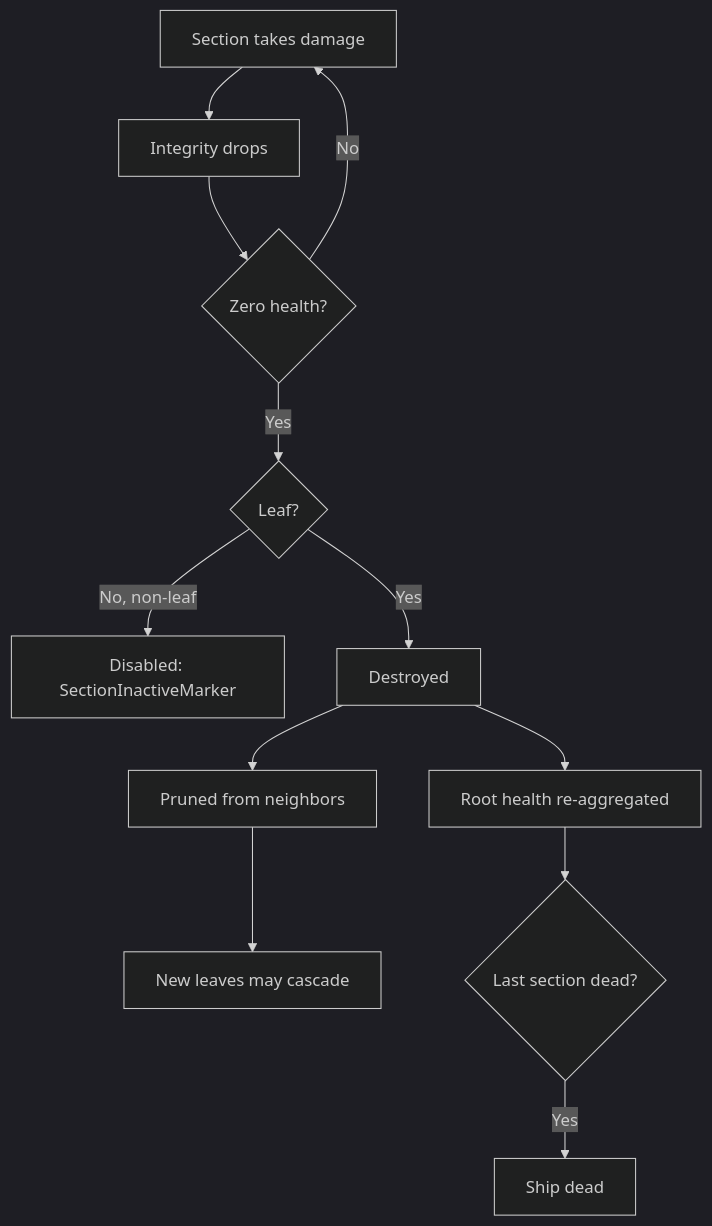
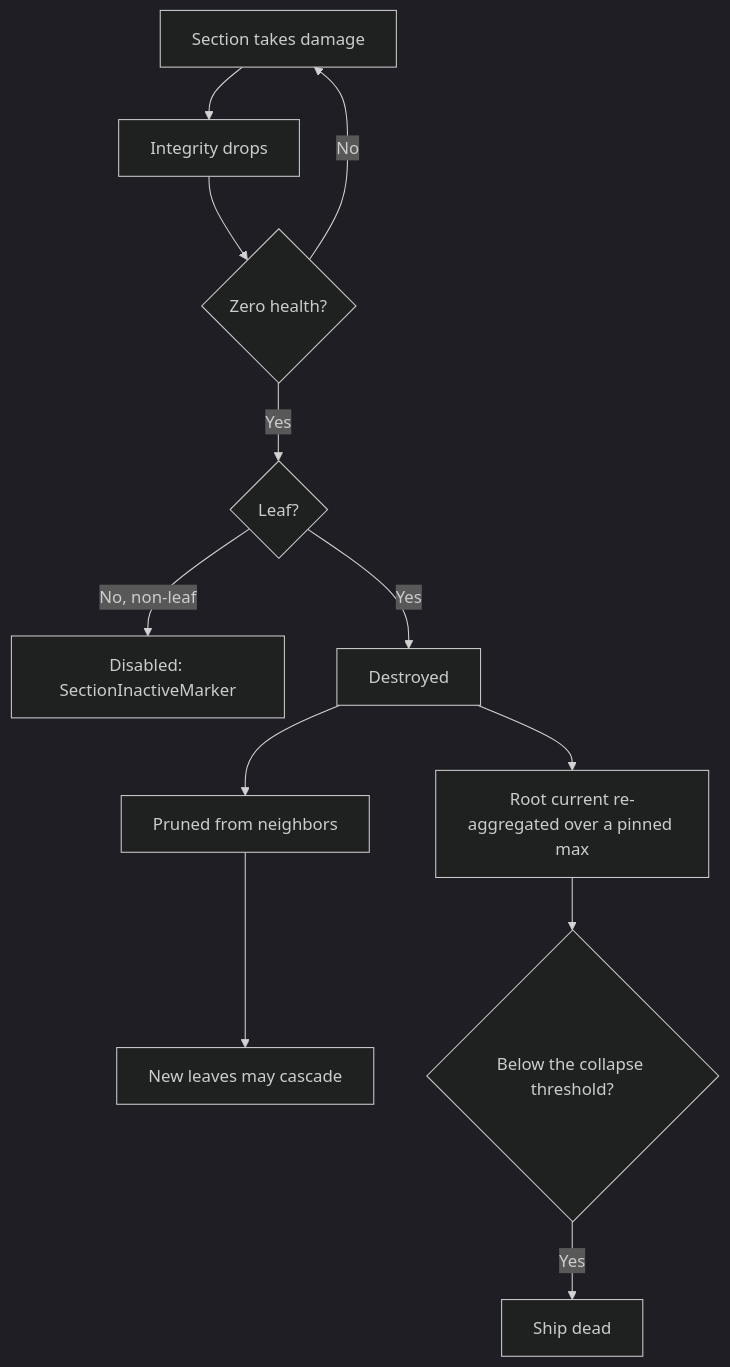
One commit to alexjercan/nova-protocol changed the diagram in web/src/wiki/dev/sections.md. Above: the diagram before and after it, drawn with Mermaid (dark theme). The commit also changed other lines of this file and 35 other files, not shown here.

First line of the commit message:
Collapse a ship below a fraction of the hull it was built with

````diff
--- a/web/src/wiki/dev/sections.md
+++ b/web/src/wiki/dev/sections.md
@@ -169,14 +188,14 @@
 ```mermaid
 flowchart TD
     A[Section takes damage] --> B[Integrity drops]
     B --> C{Zero health?}
     C -->|No| A
     C -->|Yes| D{Leaf?}
     D -->|No, non-leaf| E[Disabled: SectionInactiveMarker]
     D -->|Yes| F[Destroyed]
     F --> G[Pruned from neighbors]
     G --> H[New leaves may cascade]
-    F --> I[Root health re-aggregated]
-    I --> J{Last section dead?}
+    F --> I[Root current re-aggregated over a pinned max]
+    I --> J{Below the collapse threshold?}
     J -->|Yes| K[Ship dead]
 ```
````
